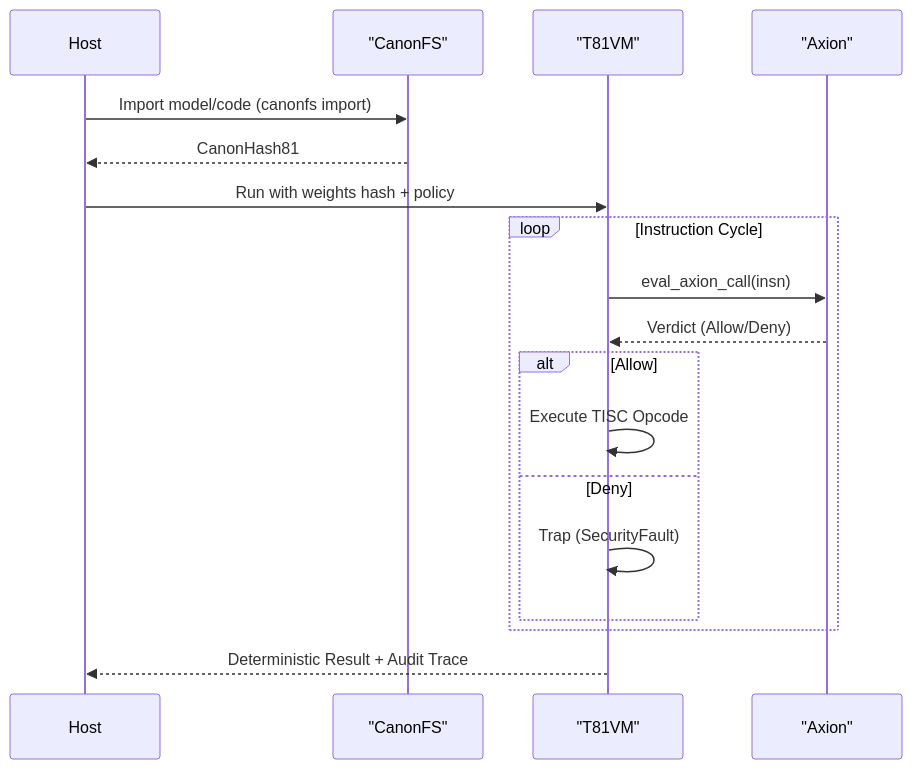
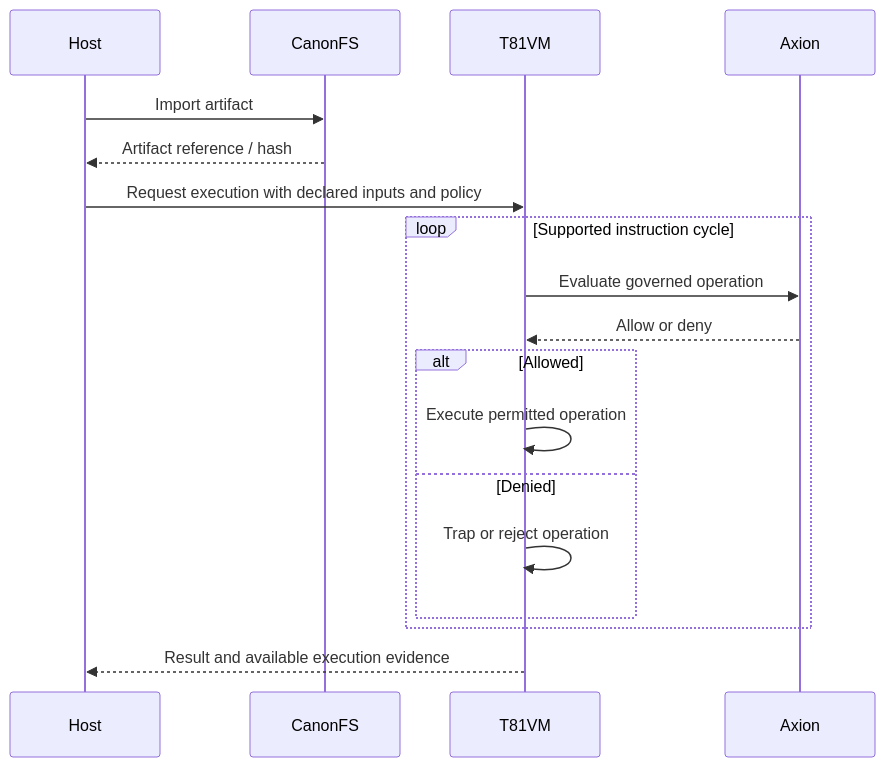
One commit to mkrishna793/t81-foundation changed the diagram in README.md. Above: the diagram before and after it, drawn with Mermaid. The commit also changed other lines of this file, not shown here.

````diff
--- a/README.md
+++ b/README.md
@@ -90,21 +141,21 @@
 ```mermaid
 sequenceDiagram
     participant Host
-    participant CFS as "CanonFS"
-    participant VM as "T81VM"
-    participant AX as "Axion"
+    participant CFS as CanonFS
+    participant VM as T81VM
+    participant AX as Axion
 
-    Host->>CFS: Import model/code (canonfs import)
-    CFS-->>Host: CanonHash81
-    Host->>VM: Run with weights hash + policy
-    loop Instruction Cycle
-        VM->>AX: eval_axion_call(insn)
-        AX-->>VM: Verdict (Allow/Deny)
-        alt Allow
-            VM->>VM: Execute TISC Opcode
-        else Deny
-            VM->>VM: Trap (SecurityFault)
+    Host->>CFS: Import artifact
+    CFS-->>Host: Artifact reference / hash
+    Host->>VM: Request execution with declared inputs and policy
+    loop Supported instruction cycle
+        VM->>AX: Evaluate governed operation
+        AX-->>VM: Allow or deny
+        alt Allowed
+            VM->>VM: Execute permitted operation
+        else Denied
+            VM->>VM: Trap or reject operation
         end
     end
-    VM-->>Host: Deterministic Result + Audit Trace
+    VM-->>Host: Result and available execution evidence
 ```
````
